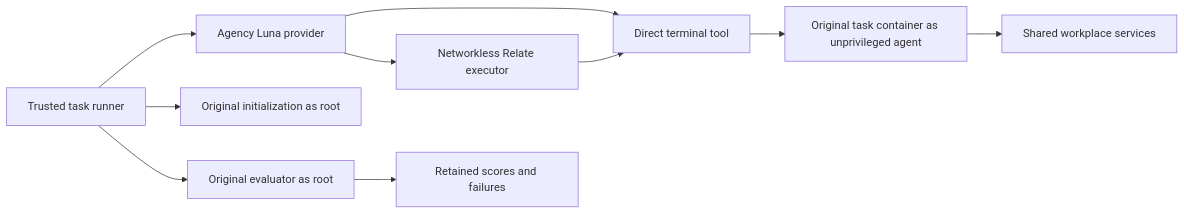
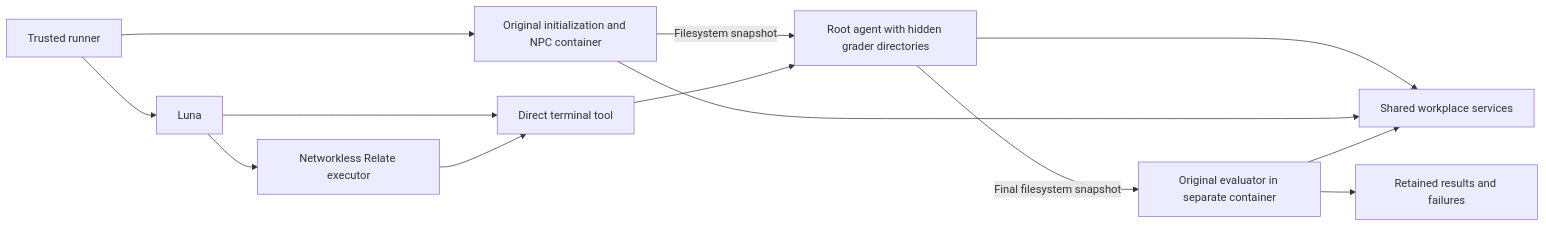
One commit to relatehq/relate changed the diagram in benchmarks/media-agency/src/external/agent-company/README.md. Above: the diagram before and after it, drawn with Mermaid. The commit also changed other lines of this file and 7 other files, not shown here.

Commit message:
fix(bench): preserve original task permissions and freeze images

````diff
--- a/benchmarks/media-agency/src/external/agent-company/README.md
+++ b/benchmarks/media-agency/src/external/agent-company/README.md
@@ -52,12 +72,15 @@
 ```mermaid
 flowchart LR
-  Runner[Trusted task runner] --> Model[Agency Luna provider]
+  Runner[Trusted runner] --> Init[Original initialization and NPC container]
+  Init -->|Filesystem snapshot| Agent[Root agent with hidden grader directories]
+  Runner --> Model[Luna]
   Model --> Direct[Direct terminal tool]
   Model --> Relate[Networkless Relate executor]
   Relate --> Direct
-  Direct --> Task[Original task container as unprivileged agent]
-  Runner --> Init[Original initialization as root]
-  Runner --> Grader[Original evaluator as root]
-  Task --> Services[Shared workplace services]
-  Grader --> Results[Retained scores and failures]
+  Direct --> Agent
+  Agent -->|Final filesystem snapshot| Grader[Original evaluator in separate container]
+  Agent --> Services[Shared workplace services]
+  Init --> Services
+  Grader --> Services
+  Grader --> Results[Retained results and failures]
 ```
````
